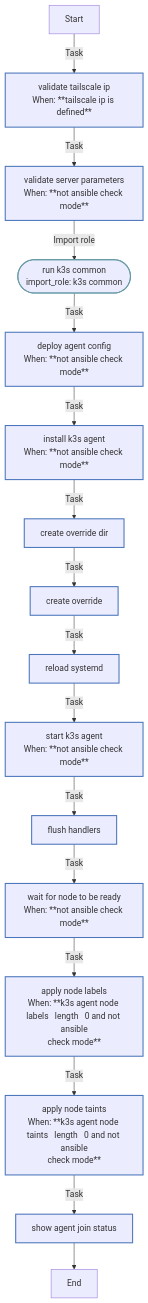
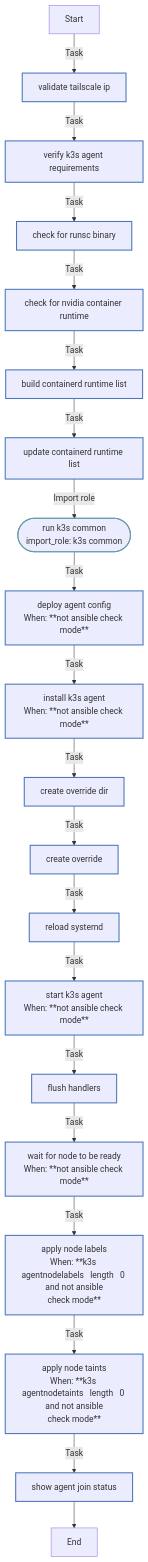
The diagram in roles/k3s_agent/README.md (rou-cru/k3s-homelab), drawn with Mermaid before and after one commit. The commit also changed other lines of this file and 277 other files, not shown here.

````diff
--- a/roles/k3s_agent/README.md
+++ b/roles/k3s_agent/README.md
@@ -186,28 +144,32 @@
 ```mermaid
 flowchart TD
 Start
 classDef block stroke:#3498db,stroke-width:2px;
 classDef task stroke:#4b76bb,stroke-width:2px;
 classDef includeTasks stroke:#16a085,stroke-width:2px;
 classDef importTasks stroke:#34495e,stroke-width:2px;
 classDef includeRole stroke:#2980b9,stroke-width:2px;
 classDef importRole stroke:#699ba7,stroke-width:2px;
 classDef includeVars stroke:#8e44ad,stroke-width:2px;
 classDef rescue stroke:#665352,stroke-width:2px;
 
-  Start-->|Task| Validate_Tailscale_IP0[validate tailscale ip<br>When: **tailscale ip is defined**]:::task
-  Validate_Tailscale_IP0-->|Task| Validate_server_parameters1[validate server parameters<br>When: **not ansible check mode**]:::task
-  Validate_server_parameters1-->|Import role| Run_K3s_Common_k3s_common_2([run k3s common<br>import_role: k3s common]):::importRole
-  Run_K3s_Common_k3s_common_2-->|Task| Deploy_agent_config3[deploy agent config<br>When: **not ansible check mode**]:::task
-  Deploy_agent_config3-->|Task| Install_K3s_agent4[install k3s agent<br>When: **not ansible check mode**]:::task
-  Install_K3s_agent4-->|Task| Create_override_dir5[create override dir]:::task
-  Create_override_dir5-->|Task| Create_override6[create override]:::task
-  Create_override6-->|Task| Reload_systemd7[reload systemd]:::task
-  Reload_systemd7-->|Task| Start_K3s_agent8[start k3s agent<br>When: **not ansible check mode**]:::task
-  Start_K3s_agent8-->|Task| Flush_handlers9[flush handlers]:::task
-  Flush_handlers9-->|Task| Wait_for_node_to_be_ready10[wait for node to be ready<br>When: **not ansible check mode**]:::task
-  Wait_for_node_to_be_ready10-->|Task| Apply_node_labels11[apply node labels<br>When: **k3s agent node labels   length   0 and not ansible<br>check mode**]:::task
-  Apply_node_labels11-->|Task| Apply_node_taints12[apply node taints<br>When: **k3s agent node taints   length   0 and not ansible<br>check mode**]:::task
-  Apply_node_taints12-->|Task| Show_agent_join_status13[show agent join status]:::task
-  Show_agent_join_status13-->End
+  Start-->|Task| Validate_Tailscale_IP0[validate tailscale ip]:::task
+  Validate_Tailscale_IP0-->|Task| Verify_K3s_agent_requirements1[verify k3s agent requirements]:::task
+  Verify_K3s_agent_requirements1-->|Task| Check_for_runsc_binary2[check for runsc binary]:::task
+  Check_for_runsc_binary2-->|Task| Check_for_nvidia_container_runtime3[check for nvidia container runtime]:::task
+  Check_for_nvidia_container_runtime3-->|Task| Build_containerd_runtime_list4[build containerd runtime list]:::task
+  Build_containerd_runtime_list4-->|Task| Update_containerd_runtime_list5[update containerd runtime list]:::task
+  Update_containerd_runtime_list5-->|Import role| Run_K3s_Common_k3s_common_6([run k3s common<br>import_role: k3s common]):::importRole
+  Run_K3s_Common_k3s_common_6-->|Task| Deploy_agent_config7[deploy agent config<br>When: **not ansible check mode**]:::task
+  Deploy_agent_config7-->|Task| Install_K3s_agent8[install k3s agent<br>When: **not ansible check mode**]:::task
+  Install_K3s_agent8-->|Task| Create_override_dir9[create override dir]:::task
+  Create_override_dir9-->|Task| Create_override10[create override]:::task
+  Create_override10-->|Task| Reload_systemd11[reload systemd]:::task
+  Reload_systemd11-->|Task| Start_K3s_agent12[start k3s agent<br>When: **not ansible check mode**]:::task
+  Start_K3s_agent12-->|Task| Flush_handlers13[flush handlers]:::task
+  Flush_handlers13-->|Task| Wait_for_node_to_be_ready14[wait for node to be ready<br>When: **not ansible check mode**]:::task
+  Wait_for_node_to_be_ready14-->|Task| Apply_node_labels15[apply node labels<br>When: **k3s agentnodelabels   length   0 and not ansible<br>check mode**]:::task
+  Apply_node_labels15-->|Task| Apply_node_taints16[apply node taints<br>When: **k3s agentnodetaints   length   0 and not ansible<br>check mode**]:::task
+  Apply_node_taints16-->|Task| Show_agent_join_status17[show agent join status]:::task
+  Show_agent_join_status17-->End
 ```
````
